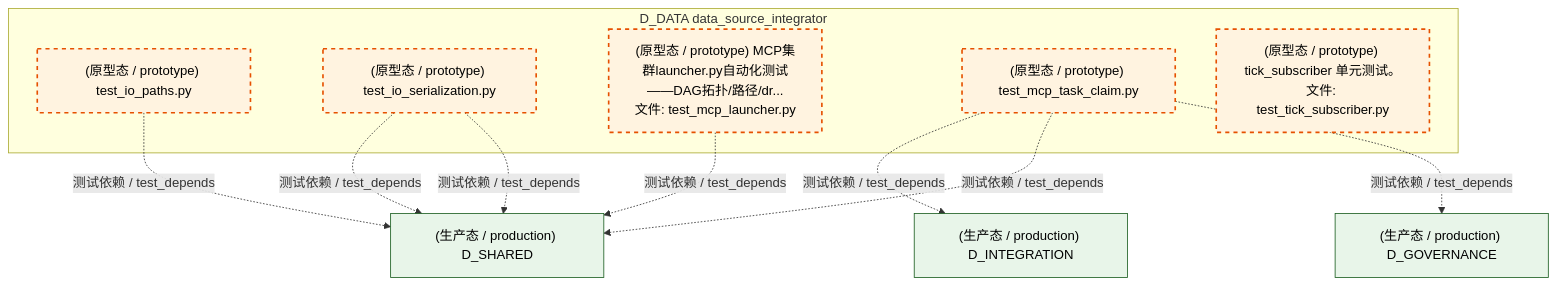
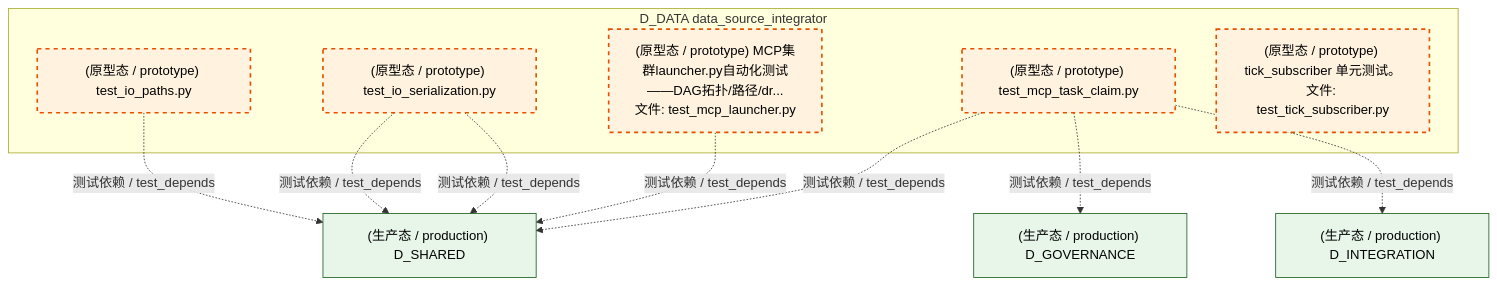
The third of 6 diagrams in docs/02_enterprise_architecture/02_domain_architecture_docs/61_d_data.md (xuanFelixVan/ZephyrAlpha), drawn with Mermaid before and after one commit. The commit also changed other lines of this file and 125 other files, not shown here.

````diff
--- a/docs/02_enterprise_architecture/02_domain_architecture_docs/61_d_data.md
+++ b/docs/02_enterprise_architecture/02_domain_architecture_docs/61_d_data.md
@@ -311,26 +313,26 @@
 ```mermaid
 graph TD
     subgraph D_DATA["D_DATA data_source_integrator"]
         tests_io_test_io_paths_py["(原型态 / prototype) test_io_paths.py"]
         tests_io_test_io_serialization_py["(原型态 / prototype) test_io_serialization.py"]
         tests_io_test_mcp_launcher_py["(原型态 / prototype) MCP集群launcher.py自动化测试——DAG拓扑/路径/dr...<br/>文件: test_mcp_launcher.py"]
         tests_io_test_mcp_task_claim_py["(原型态 / prototype) test_mcp_task_claim.py"]
         tests_zephyr_data_test_tick_subscriber_py["(原型态 / prototype) tick_subscriber 单元测试。<br/>文件: test_tick_subscriber.py"]
     end
     D_INTEGRATION["(生产态 / production) D_INTEGRATION"]
     tests_io_test_mcp_task_claim_py -.->|测试依赖 / test_depends| D_INTEGRATION
-    D_SHARED["(生产态 / production) D_SHARED"]
-    tests_io_test_mcp_task_claim_py -.->|测试依赖 / test_depends| D_SHARED
     D_GOVERNANCE["(生产态 / production) D_GOVERNANCE"]
     tests_io_test_mcp_task_claim_py -.->|测试依赖 / test_depends| D_GOVERNANCE
+    D_SHARED["(生产态 / production) D_SHARED"]
+    tests_io_test_mcp_launcher_py -.->|测试依赖 / test_depends| D_SHARED
+    tests_io_test_mcp_task_claim_py -.->|测试依赖 / test_depends| D_SHARED
     tests_io_test_io_serialization_py -.->|测试依赖 / test_depends| D_SHARED
-    tests_io_test_mcp_launcher_py -.->|测试依赖 / test_depends| D_SHARED
     tests_io_test_io_serialization_py -.->|测试依赖 / test_depends| D_SHARED
     tests_io_test_io_paths_py -.->|测试依赖 / test_depends| D_SHARED
     classDef production fill:#e1f5fe,stroke:#01579b,stroke-width:2px,color:#000
     classDef design fill:#fff3e0,stroke:#e65100,stroke-width:2px,color:#000,stroke-dasharray: 5 5
     classDef external_prod fill:#e8f5e9,stroke:#1b5e20,stroke-width:1px,color:#000
     classDef external_design fill:#fce4ec,stroke:#880e4f,stroke-width:1px,color:#000,stroke-dasharray: 5 5
     class tests_io_test_io_paths_py,tests_io_test_io_serialization_py,tests_io_test_mcp_launcher_py,tests_io_test_mcp_task_claim_py,tests_zephyr_data_test_tick_subscriber_py design
-    class D_INTEGRATION,D_SHARED,D_GOVERNANCE external_prod
+    class D_INTEGRATION,D_GOVERNANCE,D_SHARED external_prod
 ```
````
